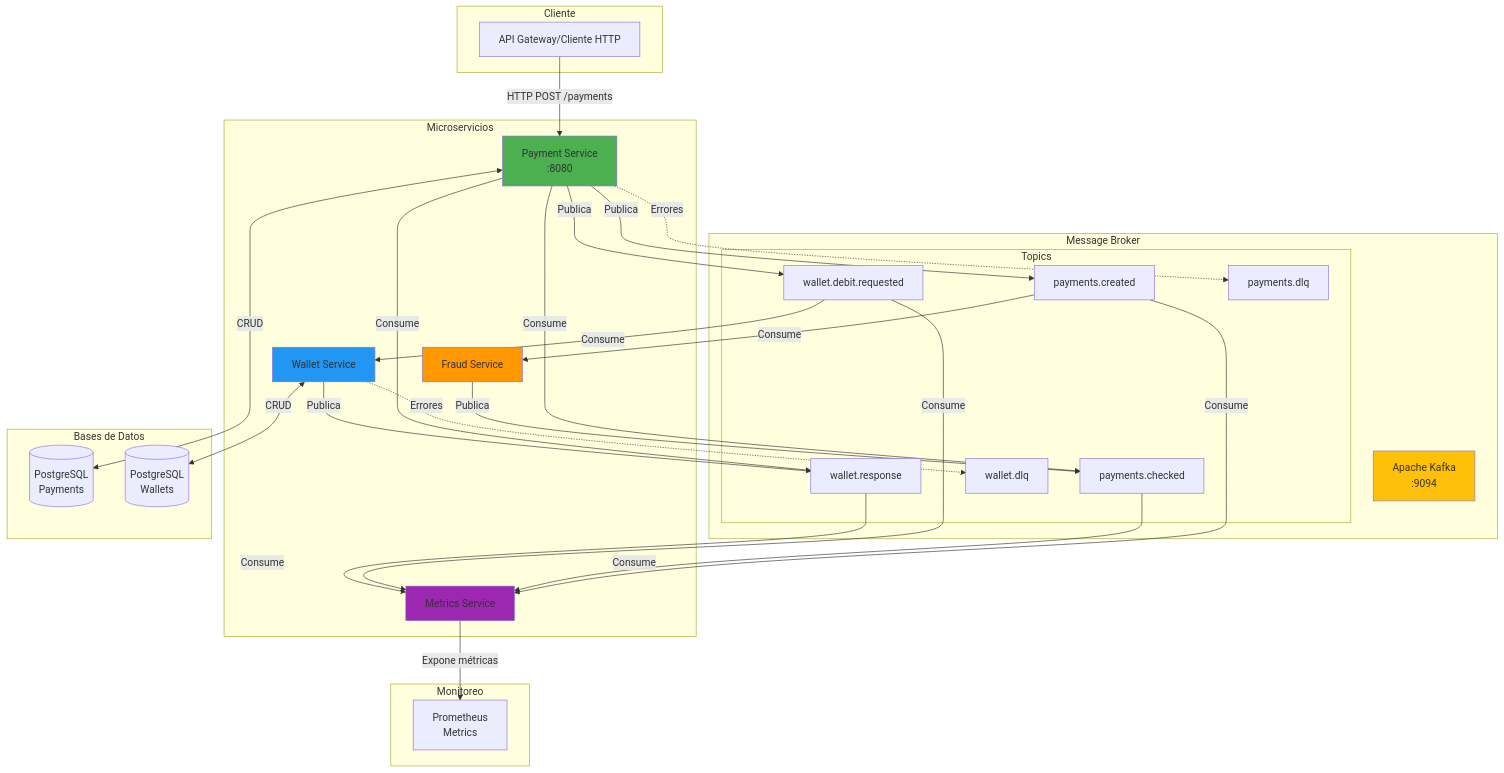
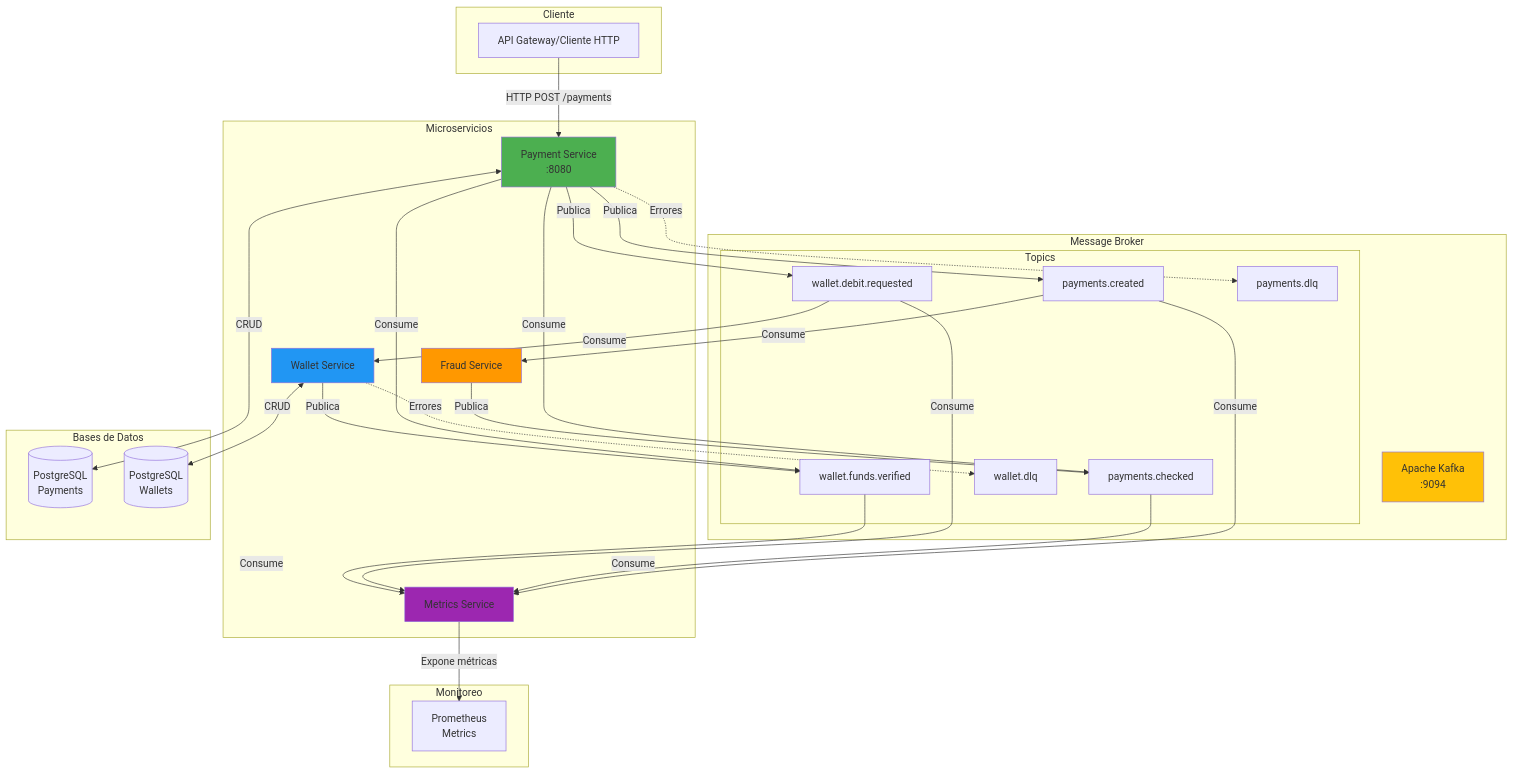
One commit to jeffleon2/draftea changed the first of 8 diagrams in README.md. Above: the diagram before and after it, drawn with Mermaid. The commit also changed other lines of this file and 8 other files, not shown here.

Commit message:
updating event publisher for wallet funds

````diff
--- a/README.md
+++ b/README.md
@@ -21,64 +21,64 @@
 ```mermaid
 graph TB
     subgraph "Cliente"
         API[API Gateway/Cliente HTTP]
     end
     
     subgraph "Microservicios"
         PS[Payment Service<br/>:8080]
         FS[Fraud Service]
         WS[Wallet Service]
         MS[Metrics Service]
     end
     
     subgraph "Message Broker"
         K[Apache Kafka<br/>:9094]
         subgraph "Topics"
             T1[payments.created]
             T2[payments.checked]
             T3[wallet.debit.requested]
-            T4[wallet.response]
+            T4[wallet.funds.verified]
             T5[payments.dlq]
             T6[wallet.dlq]
         end
     end
     
     subgraph "Bases de Datos"
         PDB[(PostgreSQL<br/>Payments)]
         WDB[(PostgreSQL<br/>Wallets)]
     end
     
     subgraph "Monitoreo"
         PROM[Prometheus<br/>Metrics]
     end
     
     API -->|HTTP POST /payments| PS
     PS -->|Publica| T1
     PS -->|Consume| T2
     PS -->|Consume| T4
     PS -->|Publica| T3
     PS <-->|CRUD| PDB
     
     T1 -->|Consume| FS
     FS -->|Publica| T2
     
     T3 -->|Consume| WS
     WS -->|Publica| T4
     WS <-->|CRUD| WDB
     
     T1 -->|Consume| MS
     T2 -->|Consume| MS
     T3 -->|Consume| MS
     T4 -->|Consume| MS
     
     PS -.->|Errores| T5
     WS -.->|Errores| T6
     
     MS -->|Expone métricas| PROM
     
     style PS fill:#4CAF50
     style FS fill:#FF9800
     style WS fill:#2196F3
     style MS fill:#9C27B0
     style K fill:#FFC107
 ```
````
